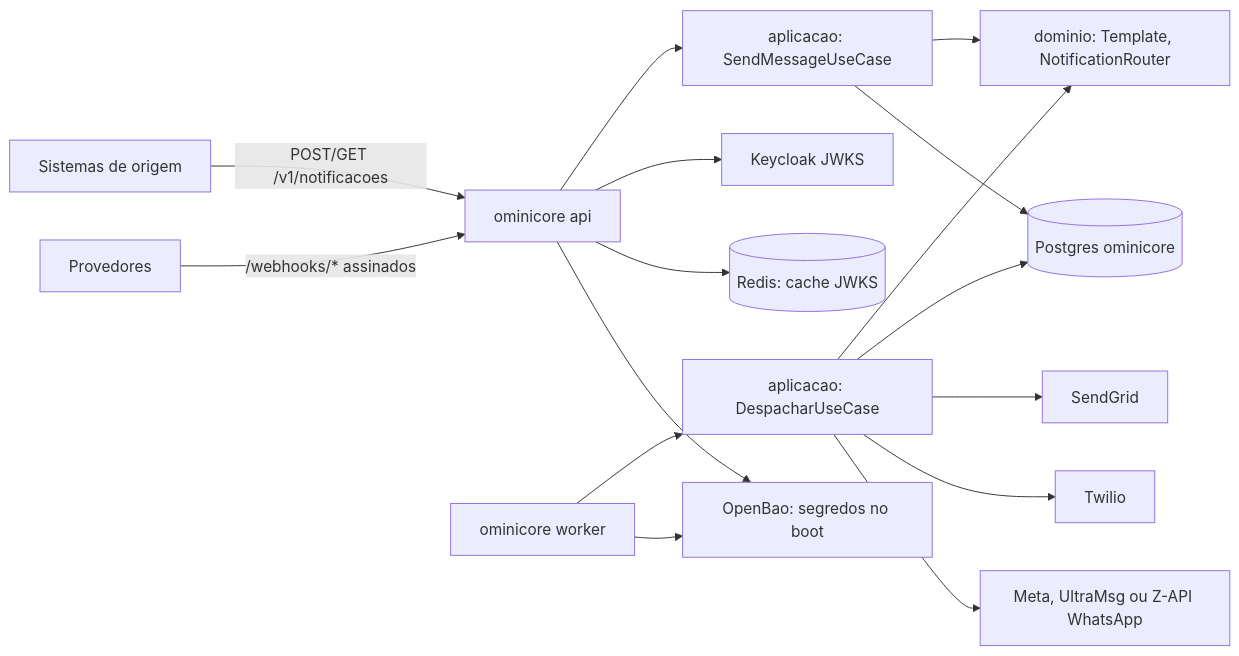
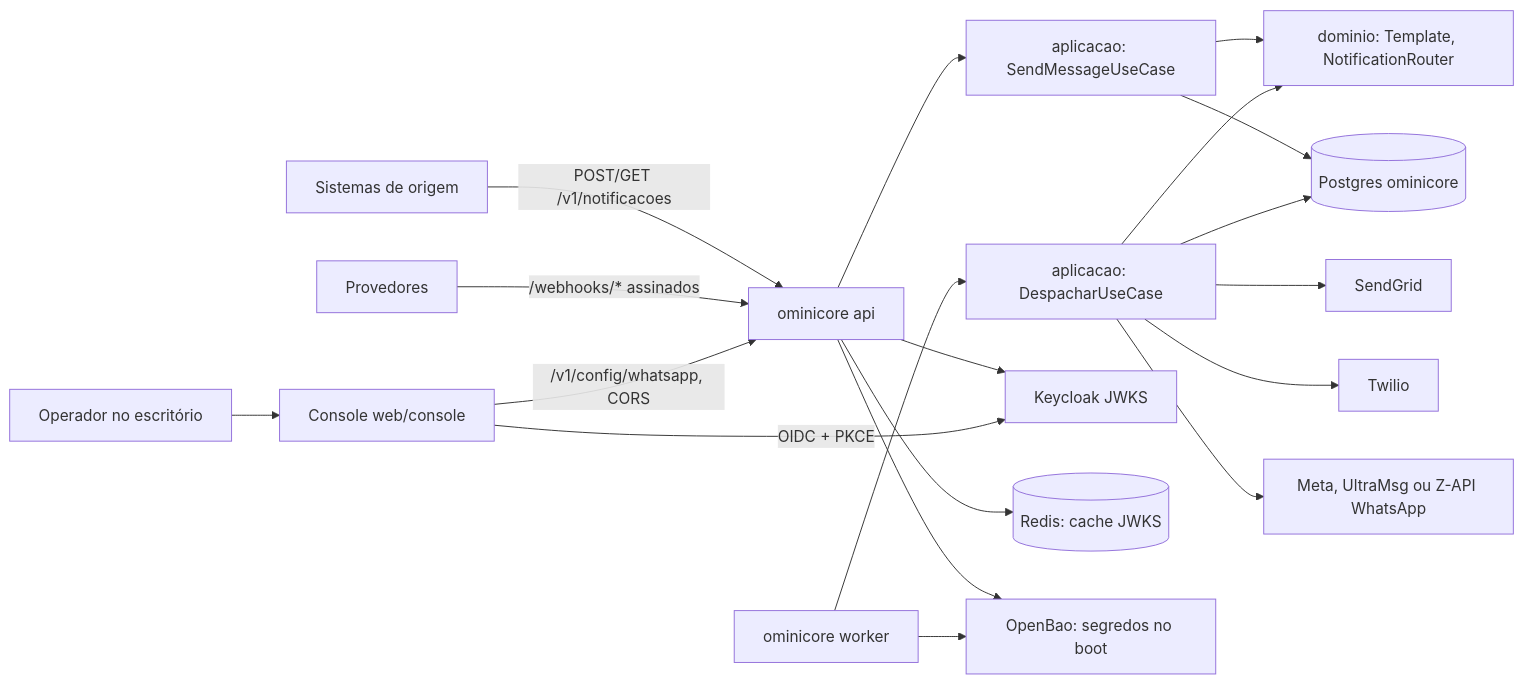
One commit to mauriciomiwa/ominicore-service changed the diagram in DOC/System/mapa/visao-geral.md. Above: the diagram before and after it, drawn with Mermaid. The commit also changed other lines of this file and 212 other files, not shown here.

First line of the commit message:
Fatia 11 (11-console-operador): Console do Operador

````diff
--- a/DOC/System/mapa/visao-geral.md
+++ b/DOC/System/mapa/visao-geral.md
@@ -13,16 +13,19 @@
 ```mermaid
 graph LR
   S[Sistemas de origem] -->|POST/GET /v1/notificacoes| API[ominicore api]
   PV[Provedores] -->|/webhooks/* assinados| API
   API --> APP[aplicacao: SendMessageUseCase]
   W[ominicore worker] --> DESP[aplicacao: DespacharUseCase]
   APP --> DOM[dominio: Template, NotificationRouter]
   DESP --> DOM
   APP & DESP --> PG[(Postgres ominicore)]
   DESP --> SG[SendGrid]
   DESP --> TW[Twilio]
   DESP --> WA[Meta, UltraMsg ou Z-API WhatsApp]
   API --> KC[Keycloak JWKS]
   API --> RD[(Redis: cache JWKS)]
   API & W --> BAO[OpenBao: segredos no boot]
+  OP[Operador no escritório] --> CON[Console web/console]
+  CON -->|OIDC + PKCE| KC
+  CON -->|/v1/config/whatsapp, CORS| API
 ```
````
